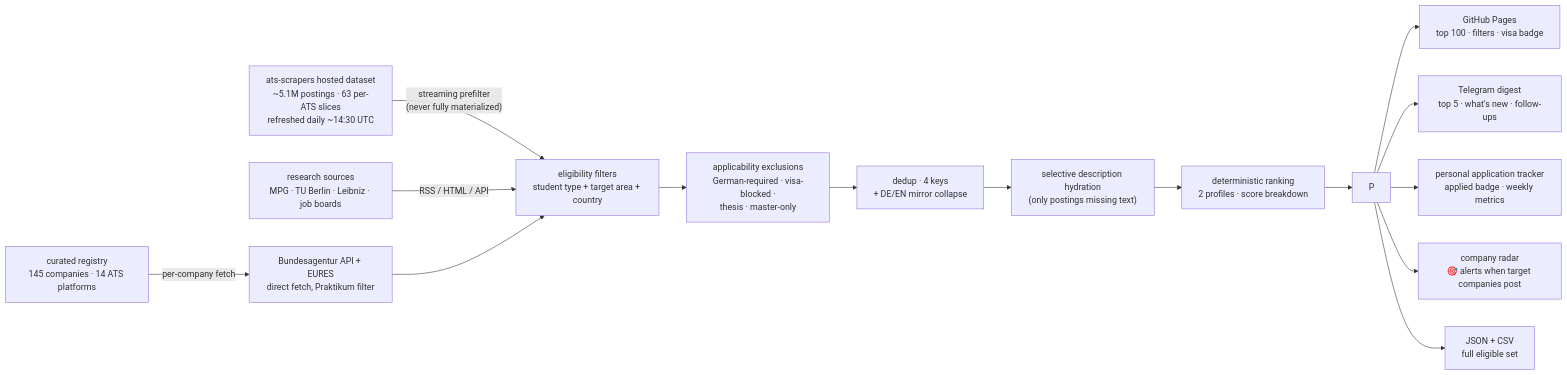
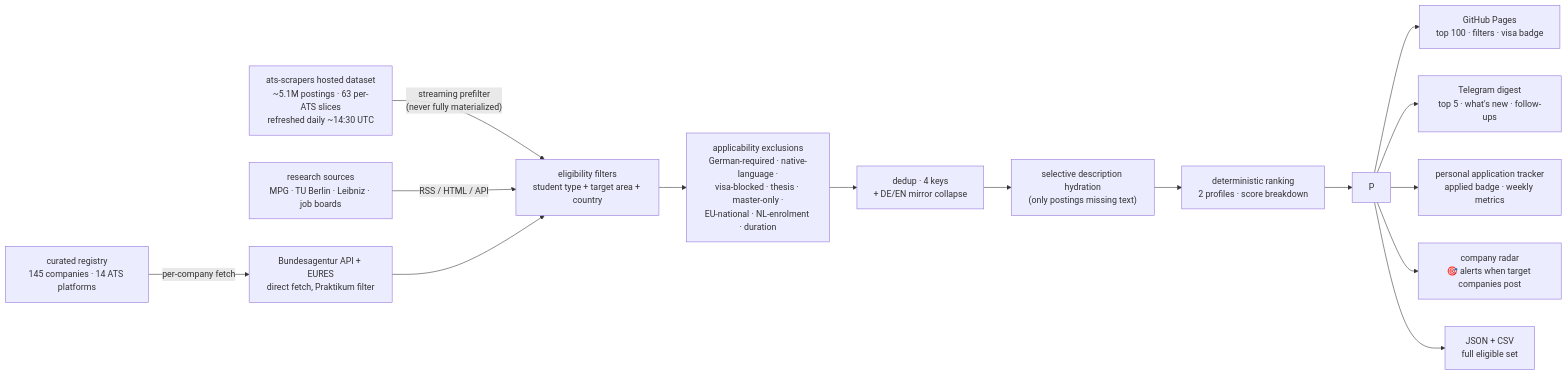
The diagram in README.md (rios-vini/internship-finder), drawn with Mermaid before and after one commit. The commit also changed other lines of this file and 4 other files, not shown here.

First line of the commit message:
F99 — Requisitos duros de elegibilidade: native-language/EU-national/local-enrollment/completed-master/recent-grad/1-year (3ª recorrência de escape) (#196)

````diff
--- a/README.md
+++ b/README.md
@@ -58,17 +58,17 @@
 ```mermaid
 flowchart LR
     DS["ats-scrapers hosted dataset<br/>~5.1M postings · 63 per-ATS slices<br/>refreshed daily ~14:30 UTC"] -->|"streaming prefilter<br/>(never fully materialized)"| F
     RG["curated registry<br/>145 companies · 14 ATS platforms"] -->|"per-company fetch"| BA["Bundesagentur API + EURES<br/>direct fetch, Praktikum filter"]
     RS["research sources<br/>MPG · TU Berlin · Leibniz · job boards"] -->|"RSS / HTML / API"| F
     BA --> F
     F["eligibility filters<br/>student type + target area + country"] --> A
-    A["applicability exclusions<br/>German-required · visa-blocked ·<br/>thesis · master-only"] --> D
+    A["applicability exclusions<br/>German-required · native-language ·<br/>visa-blocked · thesis · master-only ·<br/>EU-national · NL-enrolment · duration"] --> D
     D["dedup · 4 keys<br/>+ DE/EN mirror collapse"] --> H
     H["selective description hydration<br/>(only postings missing text)"] --> R
     R["deterministic ranking<br/>2 profiles · score breakdown"] --> P
     P --> GH["GitHub Pages<br/>top 100 · filters · visa badge"]
     P --> TG["Telegram digest<br/>top 5 · what's new · follow-ups"]
     P --> TR["personal application tracker<br/>applied badge · weekly metrics"]
     P --> CO["company radar<br/>🎯 alerts when target companies post"]
     P --> JS["JSON + CSV<br/>full eligible set"]
 ```
````
